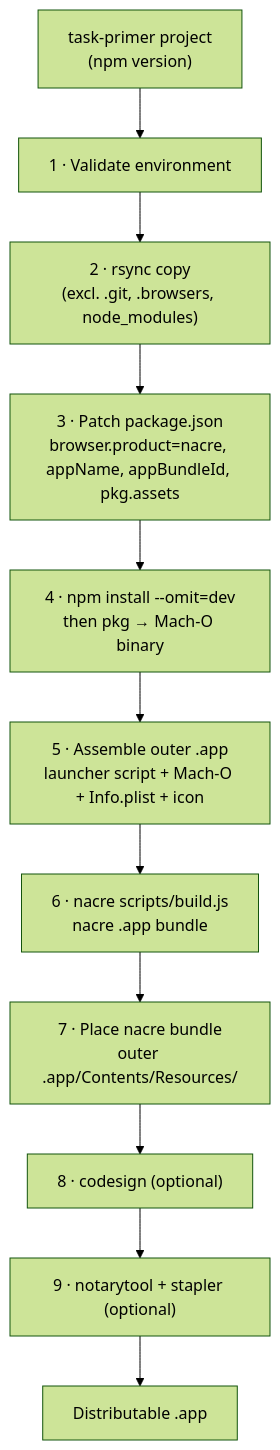
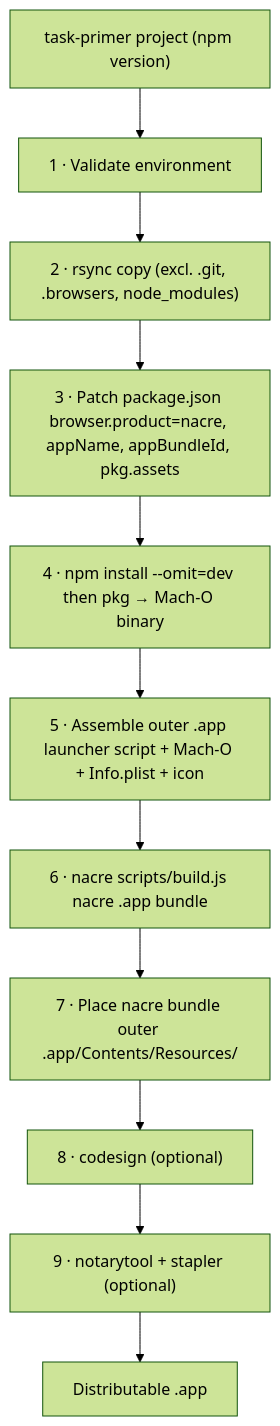
One commit to ciacob/mantle changed the diagram in sample-descriptors/task-primer-nacre/README.md. Above: the diagram before and after it, drawn with Mermaid (forest theme).

Commit message:
chore: Remove newlines form Markdown diagram.

````diff
--- a/sample-descriptors/task-primer-nacre/README.md
+++ b/sample-descriptors/task-primer-nacre/README.md
@@ -11,13 +11,13 @@
 ```mermaid
 flowchart TD
-    A["task-primer project\n(npm version)"] --> B["1 · Validate environment"]
-    B --> C["2 · rsync copy\n(excl. .git, .browsers, node_modules)"]
-    C --> D["3 · Patch package.json\nbrowser.product=nacre, appName, appBundleId, pkg.assets"]
-    D --> E["4 · npm install --omit=dev\nthen pkg → Mach-O binary"]
-    E --> F["5 · Assemble outer .app\nlauncher script + Mach-O + Info.plist + icon"]
-    F --> G["6 · nacre scripts/build.js\nnacre .app bundle"]
-    G --> H["7 · Place nacre bundle\nouter .app/Contents/Resources/"]
+    A["task-primer project (npm version)"] --> B["1 · Validate environment"]
+    B --> C["2 · rsync copy (excl. .git, .browsers, node_modules)"]
+    C --> D["3 · Patch package.json browser.product=nacre, appName, appBundleId, pkg.assets"]
+    D --> E["4 · npm install --omit=dev then pkg → Mach-O binary"]
+    E --> F["5 · Assemble outer .app launcher script + Mach-O + Info.plist + icon"]
+    F --> G["6 · nacre scripts/build.js nacre .app bundle"]
+    G --> H["7 · Place nacre bundle outer .app/Contents/Resources/"]
     H --> I["8 · codesign (optional)"]
     I --> J["9 · notarytool + stapler (optional)"]
     J --> K["Distributable .app"]
 ```
````
